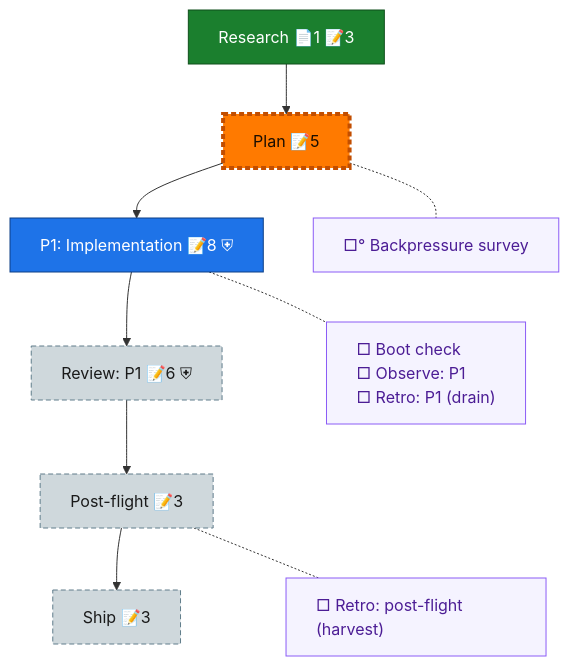
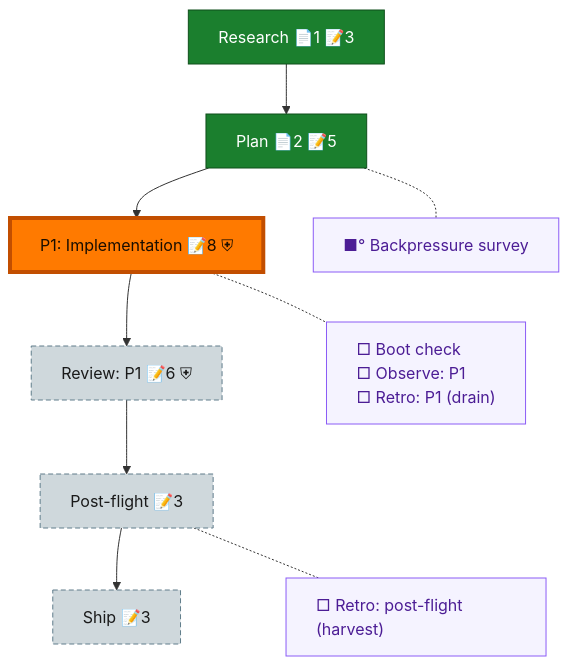
The diagram in docs/plans/073-gitai-collector-v1/the-flow.md (AI-Substrate/harness-engineering), drawn with Mermaid before and after one commit. The commit also changed other lines of this file and 2 other files, not shown here.

First line of the commit message:
plan(073): handover note + flight plan advanced to phase-1

````diff
--- a/docs/plans/073-gitai-collector-v1/the-flow.md
+++ b/docs/plans/073-gitai-collector-v1/the-flow.md
@@ -8,30 +8,30 @@
 ```mermaid
 flowchart TD
     research["Research 📄1 📝3"]:::done
-    plan["Plan 📝5"]:::assumed
+    plan["Plan 📄2 📝5"]:::done
     phase_1["P1: Implementation 📝8 ⛨"]:::known
     review_1["Review: P1 📝6 ⛨"]:::assumed
     post_flight["Post-flight 📝3"]:::assumed
     ship["Ship 📝3"]:::assumed
 
     research --> plan --> phase_1 --> review_1 --> post_flight --> ship
 
-    planC["□° Backpressure survey"]:::chore
+    planC["■° Backpressure survey"]:::chore
     phase_1C["□ Boot check<br/>□ Observe: P1<br/>□ Retro: P1 (drain)"]:::chore
     post_flightC["□ Retro: post-flight (harvest)"]:::chore
 
     %% invisible chain holds the gutter boxes in their own column
     planC ~~~ phase_1C ~~~ post_flightC
 
     %% dotted links pull each gutter box beside its node
     plan -.- planC
     phase_1 -.- phase_1C
     post_flight -.- post_flightC
 
     classDef done fill:#1B7F2E,stroke:#0F4F1B,color:#fff;
     classDef known fill:#1E73E8,stroke:#0D3F86,color:#fff;
     classDef assumed fill:#CFD8DC,stroke:#607D8B,color:#1a1a1a,stroke-dasharray:5 3;
     classDef chore fill:#f5f3ff,stroke:#8b5cf6,color:#4c1d95,text-align:left;
     classDef current fill:#FF7A00,stroke:#C24E00,color:#1a0e00,stroke-width:4px;
-    class plan current;
+    class phase_1 current;
 ```
````
